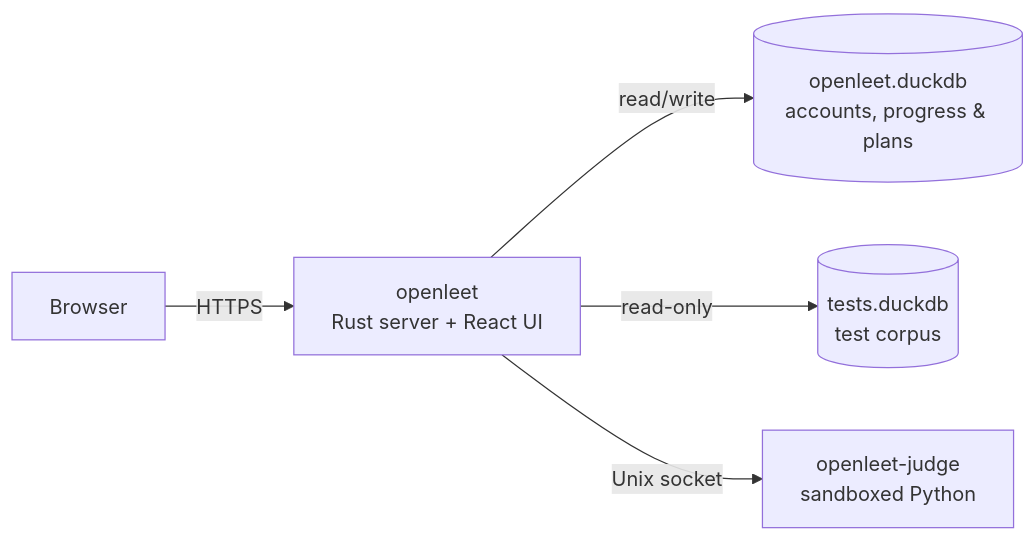
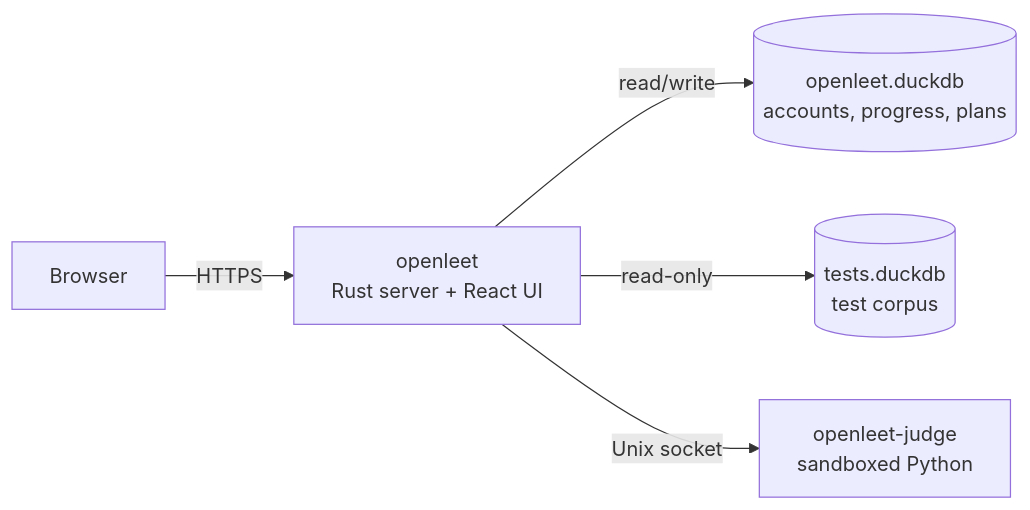
One commit to nsudhanva/openleet changed the diagram in README.md. Above: the diagram before and after it, drawn with Mermaid. The commit also changed other lines of this file and 4 other files, not shown here.

````diff
--- a/README.md
+++ b/README.md
@@ -57,7 +66,7 @@
 ```mermaid
 flowchart LR
     B[Browser] -- HTTPS --> S["openleet<br/>Rust server + React UI"]
-    S -- read/write --> D[(openleet.duckdb<br/>accounts, progress & plans)]
+    S -- read/write --> D[(openleet.duckdb<br/>accounts, progress, plans)]
     S -- read-only --> T[(tests.duckdb<br/>test corpus)]
     S -- Unix socket --> J["openleet-judge<br/>sandboxed Python"]
 ```
````
